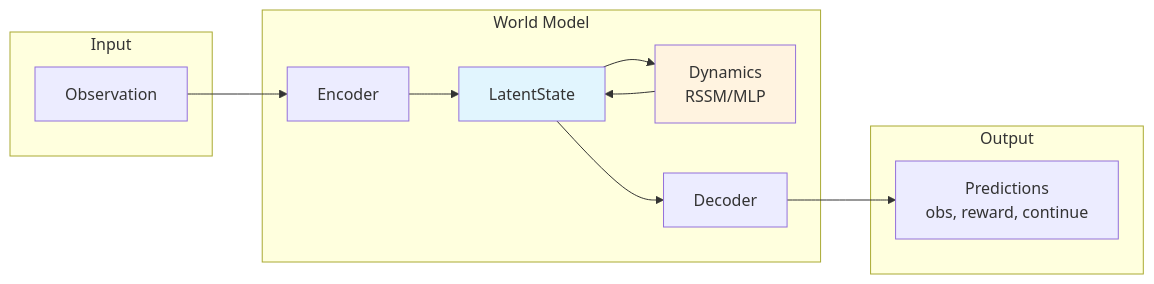
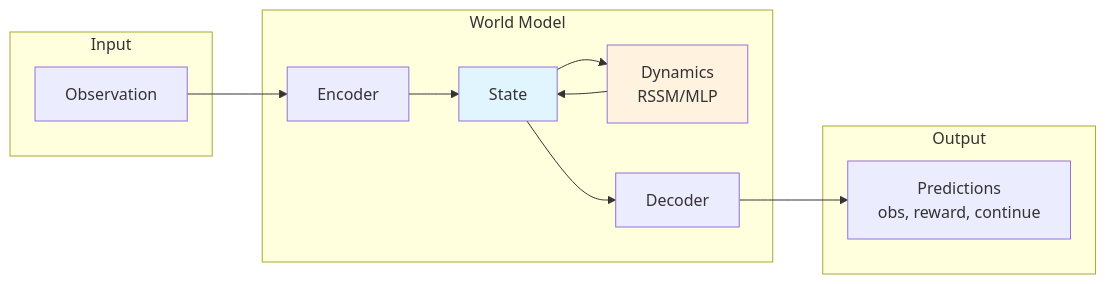
Before and after one commit to worldflux/WorldFlux: the diagram in README.md, drawn with Mermaid. The commit also changed other lines of this file and 15 other files, not shown here.

````diff
--- a/README.md
+++ b/README.md
@@ -53,27 +53,27 @@
 ```mermaid
 graph LR
     subgraph Input
         A[Observation]
     end
 
     subgraph WorldModel["World Model"]
         B[Encoder]
-        C[LatentState]
+        C[State]
         D[Dynamics<br/>RSSM/MLP]
         E[Decoder]
     end
 
     subgraph Output
         F[Predictions<br/>obs, reward, continue]
     end
 
     A --> B
     B --> C
     C --> D
     D --> C
     C --> E
     E --> F
 
     style C fill:#e1f5fe
     style D fill:#fff3e0
 ```
````
